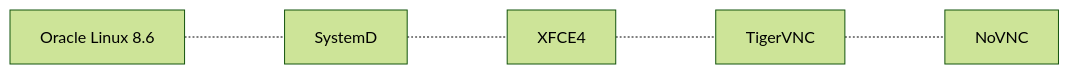
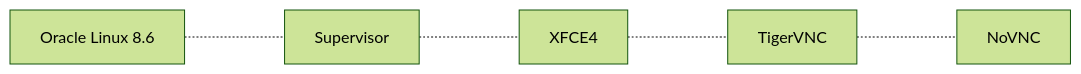
One commit to cameekorg/Linux-Desktop changed the diagram in README.md. Above: the diagram before and after it, drawn with Mermaid (forest theme). The commit also changed other lines of this file and 3 other files, not shown here.

````diff
--- a/README.md
+++ b/README.md
@@ -4,8 +4,8 @@
 ```mermaid
 flowchart LR
   OS[Oracle Linux 8.6]-..-
-  SVC[SystemD]-..-
+  SVC[Supervisor]-..-
   UI[XFCE4]-..-
   VNC[TigerVNC]-..-
   HTTP[NoVNC]
 ```
````
